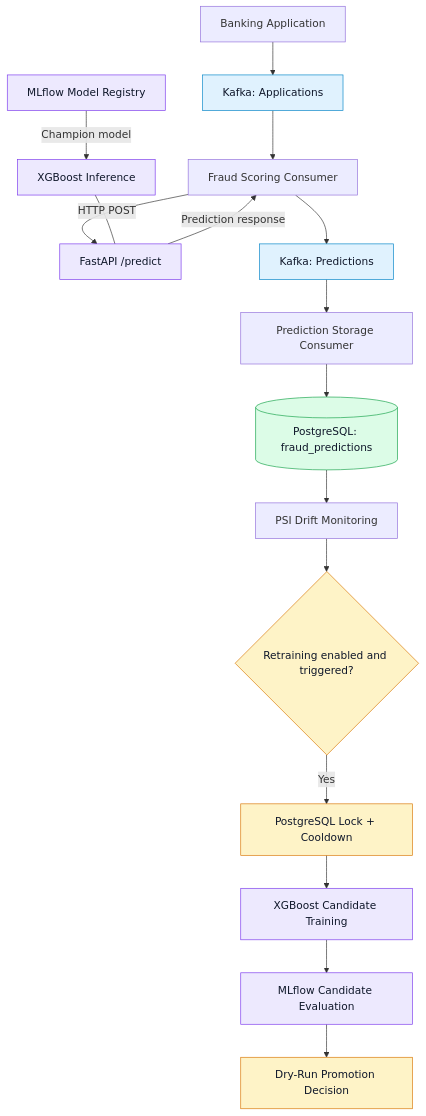
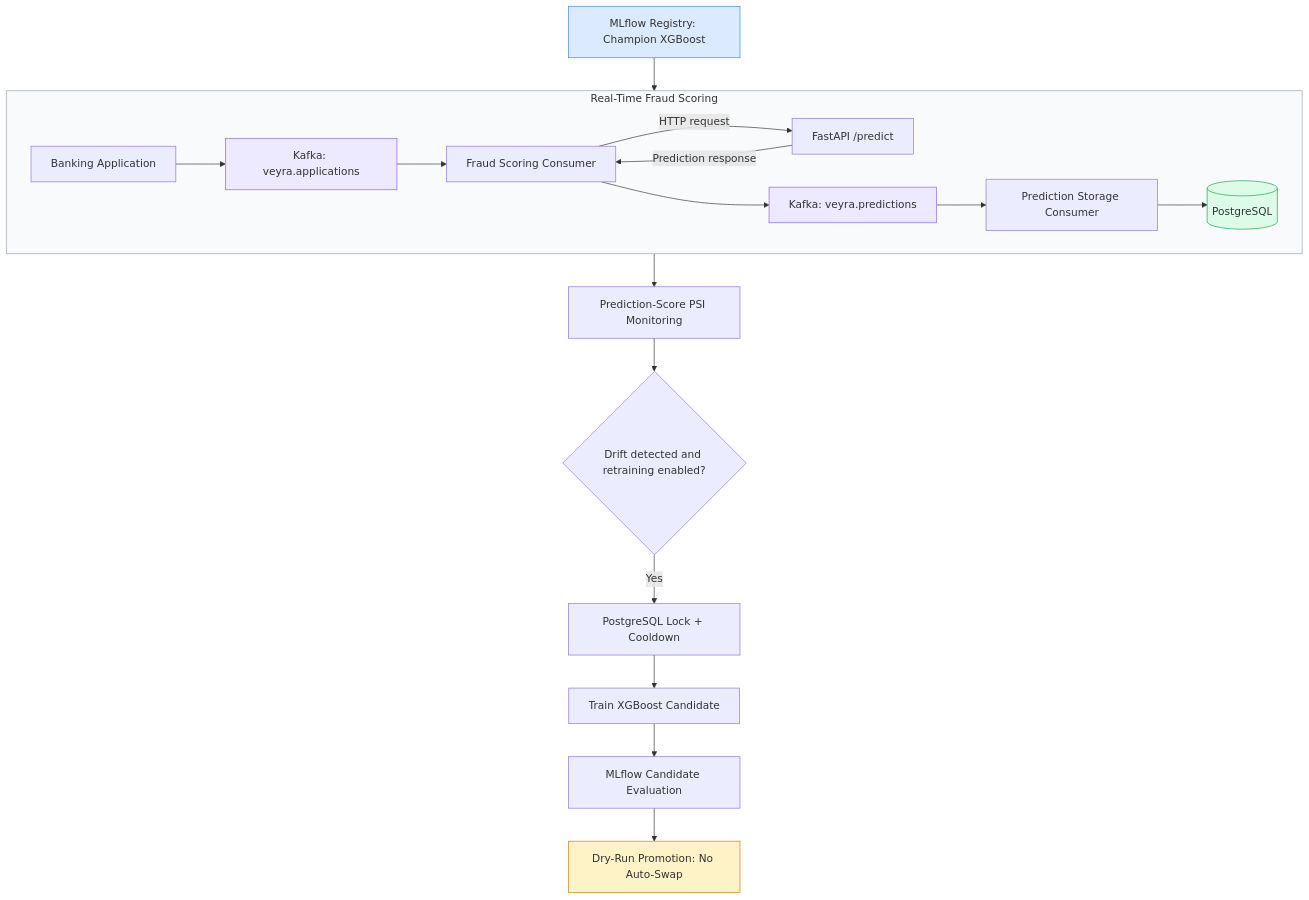
One commit to ananyagullapally/veyra changed the diagram in README.md. Above: the diagram before and after it, drawn with Mermaid. The commit also changed other lines of this file and 2 other files, not shown here.

Commit message:
docs: correct architecture, test counts, and scheduler documentation

````diff
--- a/README.md
+++ b/README.md
@@ -38,29 +40,31 @@
 ```mermaid
-flowchart TD
-    A["Banking Application"] --> B["Kafka: Applications"]
-    B --> C["Fraud Scoring Consumer"]
-    C -->|"HTTP POST"| D["FastAPI /predict"]
-    R["MLflow Model Registry"] -->|"Champion model"| E["XGBoost Inference"]
-    E --- D
-    D -->|"Prediction response"| C
-    C --> F["Kafka: Predictions"]
-    F --> G["Prediction Storage Consumer"]
-    G --> H[("PostgreSQL: fraud_predictions")]
 
-    H --> I["PSI Drift Monitoring"]
-    I --> J{"Retraining enabled and triggered?"}
-    J -->|"Yes"| K["PostgreSQL Lock + Cooldown"]
-    K --> L["XGBoost Candidate Training"]
-    L --> M["MLflow Candidate Evaluation"]
-    M --> N["Dry-Run Promotion Decision"]
+flowchart TB
+    subgraph SCORING["Real-Time Fraud Scoring"]
+        direction LR
+        A["Banking Application"] --> B["Kafka: veyra.applications"]
+        B --> C["Fraud Scoring Consumer"]
+        C -->|"HTTP request"| D["FastAPI /predict"]
+        D -->|"Prediction response"| C
+        C --> E["Kafka: veyra.predictions"]
+        E --> F["Prediction Storage Consumer"]
+        F --> G[("PostgreSQL")]
+    end
 
-    classDef kafka fill:#e0f2fe,stroke:#0284c7,color:#0f172a
-    classDef ml fill:#ede9fe,stroke:#7c3aed,color:#0f172a
-    classDef storage fill:#dcfce7,stroke:#16a34a,color:#0f172a
-    classDef safety fill:#fef3c7,stroke:#d97706,color:#0f172a
+    M["MLflow Registry: Champion XGBoost"] --> D
 
-    class B,F kafka
-    class D,E,R,L,M ml
-    class H storage
-    class J,K,N safety
+    G --> H["Prediction-Score PSI Monitoring"]
+    H --> I{"Drift detected and retraining enabled?"}
+    I -->|"Yes"| J["PostgreSQL Lock + Cooldown"]
+    J --> K["Train XGBoost Candidate"]
+    K --> L["MLflow Candidate Evaluation"]
+    L --> N["Dry-Run Promotion: No Auto-Swap"]
+
+    style SCORING fill:#f8fafc,stroke:#94a3b8
+    style B fill:#ede9fe,stroke:#8b5cf6
+    style E fill:#ede9fe,stroke:#8b5cf6
+    style G fill:#dcfce7,stroke:#16a34a
+    style M fill:#dbeafe,stroke:#3b82f6
+    style N fill:#fef3c7,stroke:#d97706
+
 ```
````
